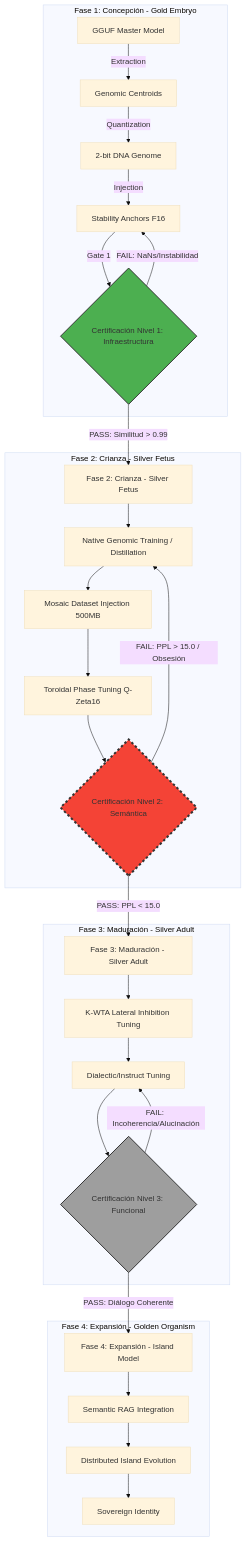
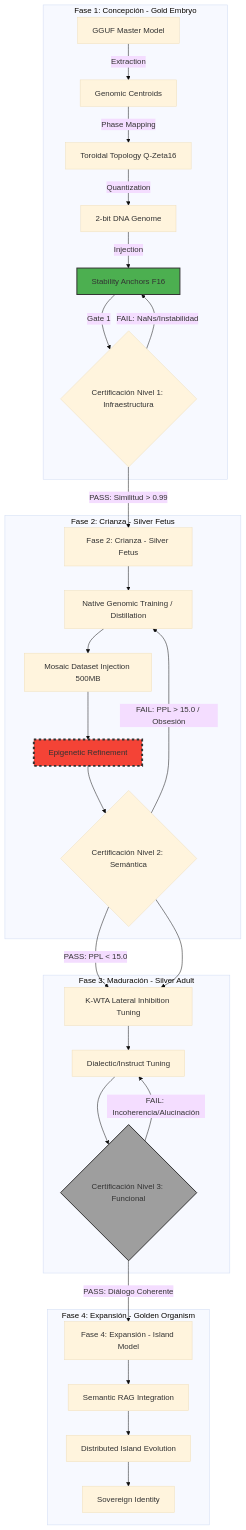
The diagram in docs/meta/LIFECYCLE_FLOW.md (erickaguilar/gaje-semantic-compression), drawn with Mermaid (base theme) before and after one commit.

Commit message:
docs: correct lifecycle flow - toroidal topology belongs to Phase 1 (Gold Embryo)

````diff
--- a/docs/meta/LIFECYCLE_FLOW.md
+++ b/docs/meta/LIFECYCLE_FLOW.md
@@ -5,48 +5,49 @@
 ```mermaid
 graph TD
     %% Fase 1: Concepción e Infraestructura
     subgraph F1 [Fase 1: Concepción - Gold Embryo]
         A[GGUF Master Model] -->|Extraction| B[Genomic Centroids]
-        B -->|Quantization| C[2-bit DNA Genome]
-        C -->|Injection| D[Stability Anchors F16]
-        D -->|Gate 1| E{Certificación Nivel 1: Infraestructura}
+        B -->|Phase Mapping| C[Toroidal Topology Q-Zeta16]
+        C -->|Quantization| D[2-bit DNA Genome]
+        D -->|Injection| E[Stability Anchors F16]
+        E -->|Gate 1| F{Certificación Nivel 1: Infraestructura}
     end
 
-    E -->|FAIL: NaNs/Instabilidad| D
-    E -->|PASS: Similitud > 0.99| F[Fase 2: Crianza - Silver Fetus]
+    F -->|FAIL: NaNs/Instabilidad| E
+    F -->|PASS: Similitud > 0.99| G[Fase 2: Crianza - Silver Fetus]
 
     %% Fase 2: Crianza y Estabilidad Semántica
     subgraph F2 [Fase 2: Crianza - Silver Fetus]
-        F --> G[Native Genomic Training / Distillation]
-        G --> H[Mosaic Dataset Injection 500MB]
-        H --> I[Toroidal Phase Tuning Q-Zeta16]
-        I --> J{Certificación Nivel 2: Semántica}
+        G --> H[Native Genomic Training / Distillation]
+        H --> I[Mosaic Dataset Injection 500MB]
+        I --> J[Epigenetic Refinement]
+        J --> K{Certificación Nivel 2: Semántica}
     end
 
-    J -->|FAIL: PPL > 15.0 / Obsesión| G
-    J -->|PASS: PPL < 15.0| K[Fase 3: Maduración - Silver Adult]
+    K -->|FAIL: PPL > 15.0 / Obsesión| H
+    K -->|PASS: PPL < 15.0| L[Fase 3: Maduración - Silver Adult]
 
     %% Fase 3: Maduración y Funcionalidad
     subgraph F3 [Fase 3: Maduración - Silver Adult]
         K --> L[K-WTA Lateral Inhibition Tuning]
         L --> M[Dialectic/Instruct Tuning]
         M --> N{Certificación Nivel 3: Funcional}
     end
 
     N -->|FAIL: Incoherencia/Alucinación| M
     N -->|PASS: Diálogo Coherente| O[Fase 4: Expansión - Island Model]
 
     %% Fase 4: Expansión
     subgraph F4 [Fase 4: Expansión - Golden Organism]
         O --> P[Semantic RAG Integration]
         P --> Q[Distributed Island Evolution]
         Q --> R[Sovereign Identity]
     end
 
     %% Notas de Realidad (Estado Actual)
     style E fill:#4CAF50,stroke:#333,stroke-width:2px
     style J fill:#f44336,stroke:#333,stroke-width:4px,stroke-dasharray: 5 5
     style N fill:#9e9e9e,stroke:#333,stroke-width:2px
     
     click J "docs/meta/EMPIRICAL_TRUTH_STATE.md" "Estado de Bloqueo Actual"
 ```
````
